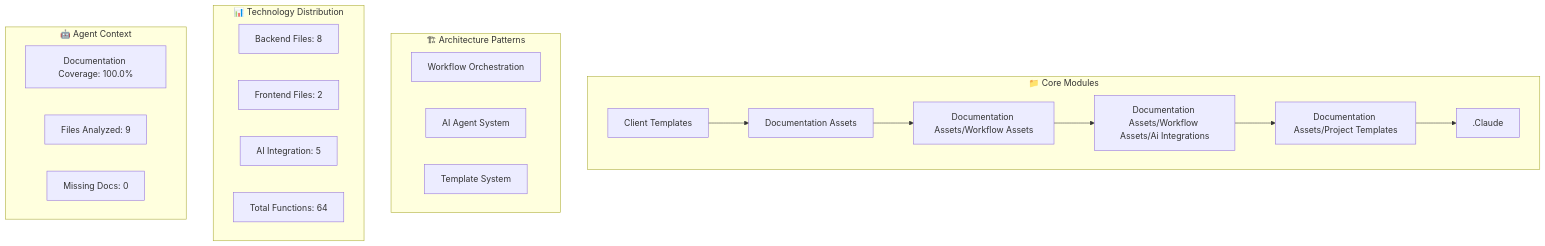
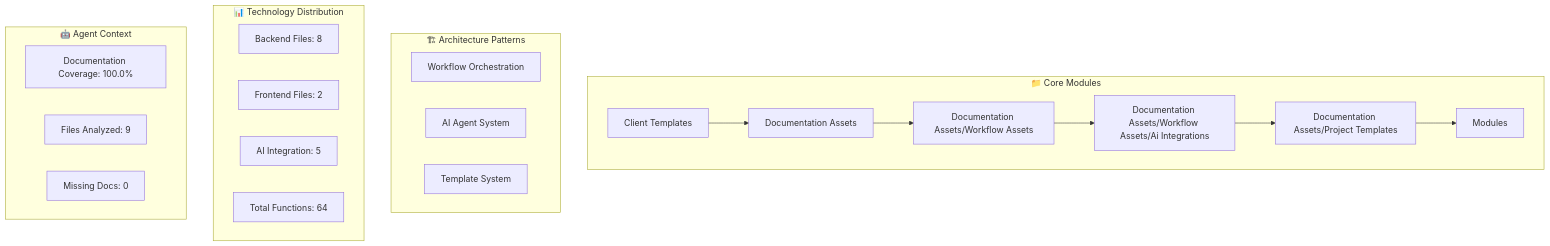
One commit to Spitfire-Products/Arkival-V4 changed the second of 5 diagrams in ARCHITECTURE_DIAGRAM.md. Above: the diagram before and after it, drawn with Mermaid. The commit also changed other lines of this file and 8 other files, not shown here.

````diff
--- a/ARCHITECTURE_DIAGRAM.md
+++ b/ARCHITECTURE_DIAGRAM.md
@@ -44,36 +44,36 @@
 ```mermaid
 graph TB
     subgraph "📁 Core Modules"
         M0[Client Templates]
         M1[Documentation Assets]
         M2[Documentation Assets/Workflow Assets]
         M3[Documentation Assets/Workflow Assets/Ai Integrations]
         M4[Documentation Assets/Project Templates]
-        M5[.Claude]
+        M5[Modules]
 
         M0 --> M1
         M1 --> M2
         M2 --> M3
         M3 --> M4
         M4 --> M5
     end
 
     subgraph "🏗 Architecture Patterns"
         P0[Workflow Orchestration]
         P1[AI Agent System]
         P2[Template System]
     end
 
     subgraph "📊 Technology Distribution"
         T1[Backend Files: 8]
         T2[Frontend Files: 2]
         T3[AI Integration: 5]
         T4[Total Functions: 64]
     end
 
     subgraph "🤖 Agent Context"
         A1[Documentation Coverage: 100.0%]
         A2[Files Analyzed: 9]
         A3[Missing Docs: 0]
     end
 ```
````
